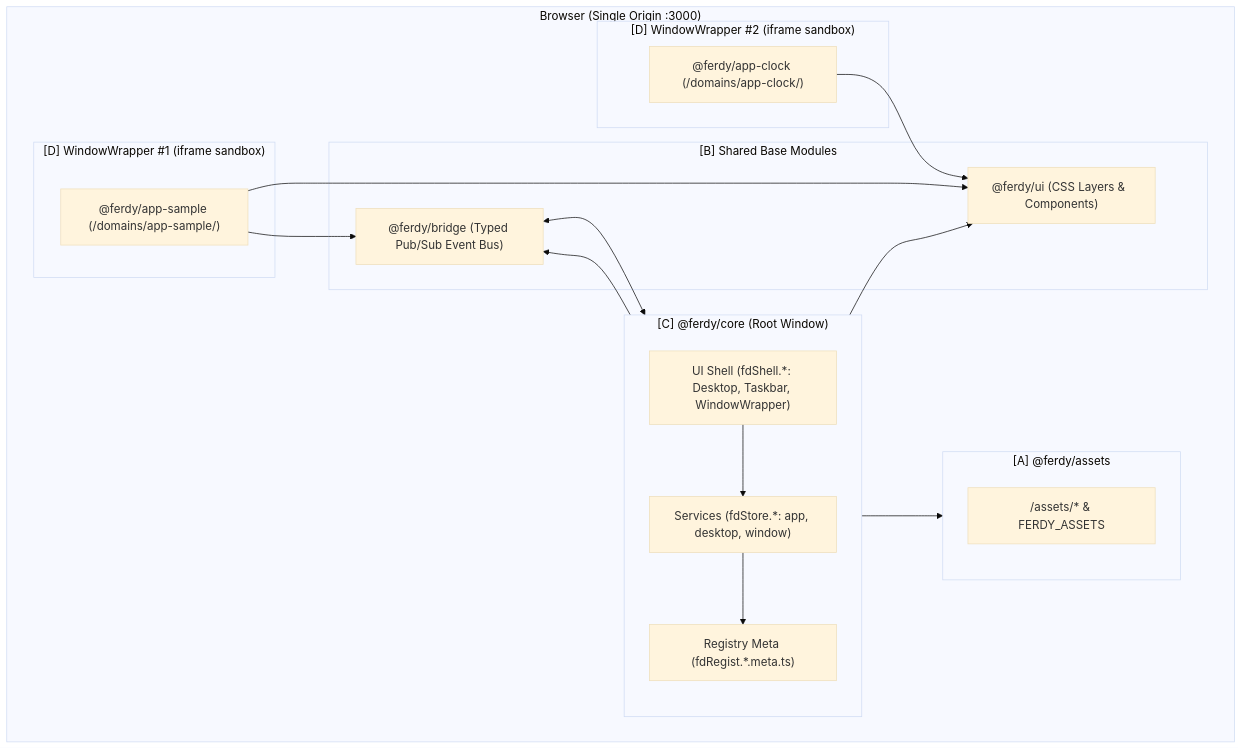
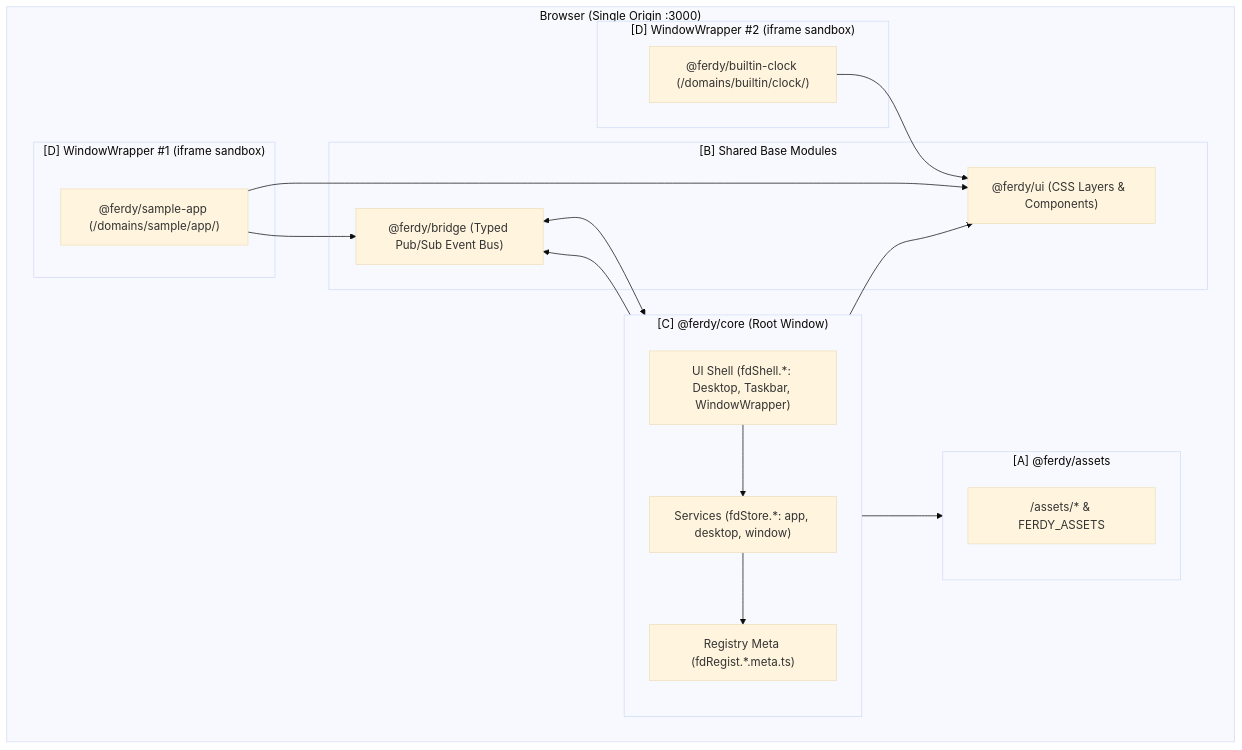
One commit to nicepig7/ferdyPlatter changed the diagram in docs/architecture.md. Above: the diagram before and after it, drawn with Mermaid (base theme). The commit also changed other lines of this file and 74 other files, not shown here.

Commit message:
refactor(domains): categorize domain apps into builtin/ and sample/

````diff
--- a/docs/architecture.md
+++ b/docs/architecture.md
@@ -24,37 +24,37 @@
 ```mermaid
 flowchart TB
     subgraph Browser["Browser (Single Origin :3000)"]
         subgraph Core["[C] @ferdy/core (Root Window)"]
             Shell["UI Shell (fdShell.*: Desktop, Taskbar, WindowWrapper)"]
             Services["Services (fdStore.*: app, desktop, window)"]
             Meta["Registry Meta (fdRegist.*.meta.ts)"]
         end
 
         subgraph Base["[B] Shared Base Modules"]
             UI["@ferdy/ui (CSS Layers & <fd.*> Components)"]
             Bridge["@ferdy/bridge (Typed Pub/Sub Event Bus)"]
         end
 
         subgraph Assets["[A] @ferdy/assets"]
             Static["/assets/* & FERDY_ASSETS"]
         end
 
         subgraph Window1["[D] WindowWrapper #1 (iframe sandbox)"]
-            App1["@ferdy/app-sample (/domains/app-sample/)"]
+            App1["@ferdy/sample-app (/domains/sample/app/)"]
         end
 
         subgraph Window2["[D] WindowWrapper #2 (iframe sandbox)"]
-            App2["@ferdy/app-clock (/domains/app-clock/)"]
+            App2["@ferdy/builtin-clock (/domains/builtin/clock/)"]
         end
     end
 
     Shell --> Services
     Services --> Meta
     Core --> UI
     Core --> Bridge
     Core --> Assets
     App1 --> UI
     App1 --> Bridge
     App2 --> UI
     Bridge <--> Core
 ```
````
